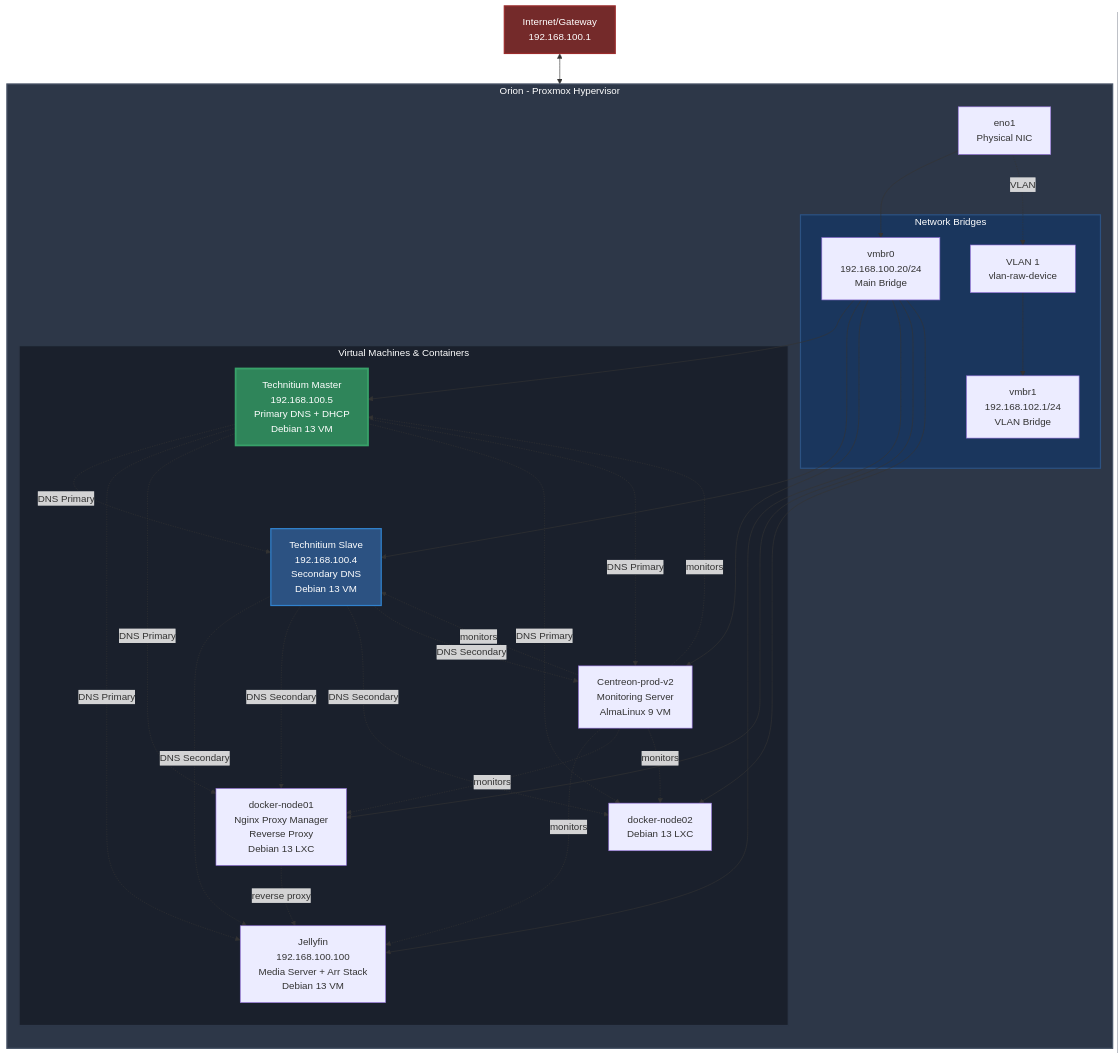
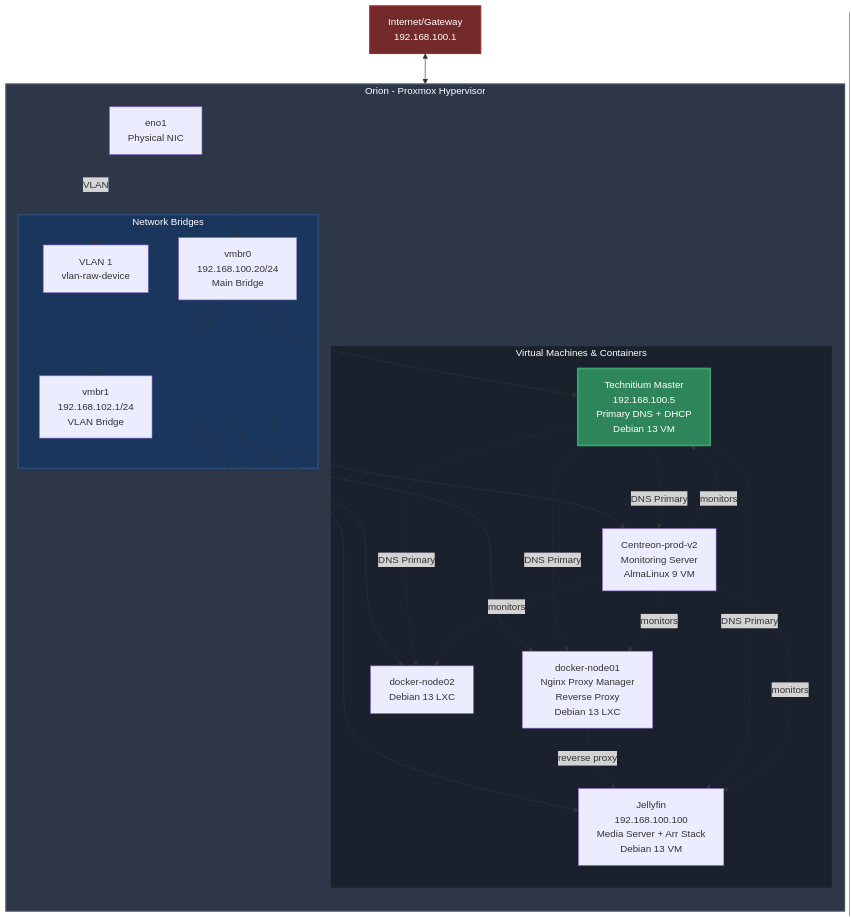
One commit to raifcoonjah/homelab changed the diagram in README.md. Above: the diagram before and after it, drawn with Mermaid. The commit also changed other lines of this file, not shown here.

Commit message:
decom some servers

````diff
--- a/README.md
+++ b/README.md
@@ -36,63 +36,53 @@
 ```mermaid
 graph TB
     Internet[Internet/Gateway<br/>192.168.100.1]
     
     subgraph Physical["Orion - Proxmox Hypervisor"]
         direction TB
         eno1[eno1<br/>Physical NIC]
         
         subgraph Bridges["Network Bridges"]
             vmbr0[vmbr0<br/>192.168.100.20/24<br/>Main Bridge]
             vlan1[VLAN 1<br/>vlan-raw-device]
             vmbr1[vmbr1<br/>192.168.102.1/24<br/>VLAN Bridge]
         end
         
         subgraph VMs["Virtual Machines & Containers"]
             technitium_dns[Technitium Master<br/>192.168.100.5<br/>Primary DNS + DHCP<br/>Debian 13 VM]
-            technitium_slave[Technitium Slave<br/>192.168.100.4<br/>Secondary DNS<br/>Debian 13 VM]
             centreon[Centreon-prod-v2<br/>Monitoring Server<br/>AlmaLinux 9 VM]
             jellyfin[Jellyfin<br/>192.168.100.100<br/>Media Server + Arr Stack<br/>Debian 13 VM]
             docker01[docker-node01<br/>Nginx Proxy Manager<br/>Reverse Proxy<br/>Debian 13 LXC]
             docker02[docker-node02<br/>Debian 13 LXC]
         end
         
         eno1 --> vmbr0
         eno1 -.VLAN.-> vlan1
         vlan1 --> vmbr1
         
         vmbr0 --> technitium_dns
-        vmbr0 --> technitium_slave
         vmbr0 --> centreon
         vmbr0 --> jellyfin
         vmbr0 --> docker01
         vmbr0 --> docker02
     end
     
     Internet <--> eno1
     
     docker01 -.reverse proxy.-> jellyfin
     
-    technitium_dns -.DNS Primary.-> technitium_slave
     technitium_dns -.DNS Primary.-> jellyfin
     technitium_dns -.DNS Primary.-> docker01
     technitium_dns -.DNS Primary.-> docker02
     technitium_dns -.DNS Primary.-> centreon
     
-    technitium_slave -.DNS Secondary.-> jellyfin
-    technitium_slave -.DNS Secondary.-> docker01
-    technitium_slave -.DNS Secondary.-> docker02
-    technitium_slave -.DNS Secondary.-> centreon
-    
     centreon -.monitors.-> technitium_dns
-    centreon -.monitors.-> technitium_slave
     centreon -.monitors.-> jellyfin
     centreon -.monitors.-> docker01
     centreon -.monitors.-> docker02
     
     style technitium_dns fill:#2f855a,stroke:#38a169,stroke-width:3px,color:#fff
-    style technitium_slave fill:#2c5282,stroke:#3182ce,stroke-width:2px,color:#fff
     style Physical fill:#2d3748,stroke:#4a5568,stroke-width:2px,color:#fff
     style Bridges fill:#1a365d,stroke:#2c5282,stroke-width:2px,color:#fff
     style VMs fill:#1a202c,stroke:#2d3748,stroke-width:2px,color:#fff
     style Internet fill:#742a2a,stroke:#9b2c2c,stroke-width:2px,color:#fff
 ```
````
